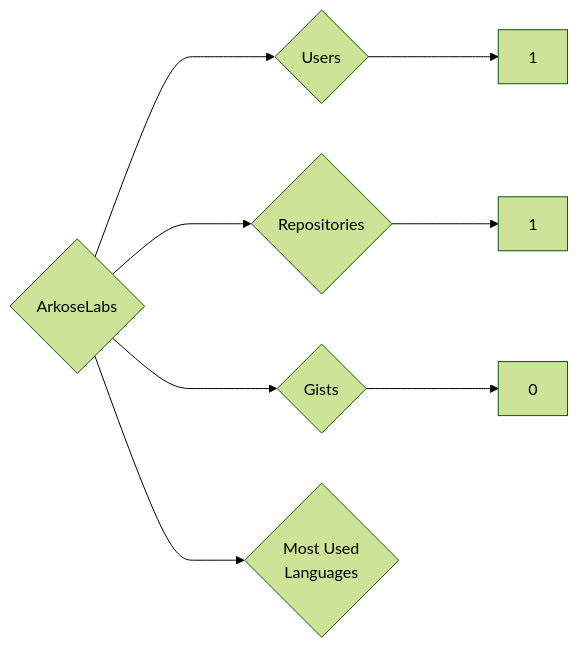
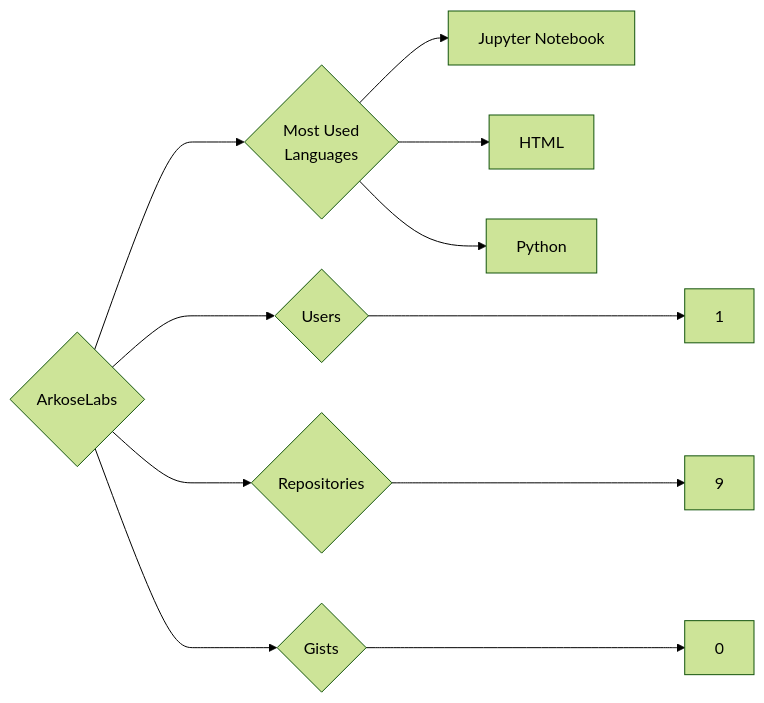
Before and after one commit to trickest/insiders: the diagram in targets/ArkoseLabs/README.md, drawn with Mermaid (forest theme). The commit also changed 845 other files, not shown here.

````diff
--- a/targets/ArkoseLabs/README.md
+++ b/targets/ArkoseLabs/README.md
@@ -3,8 +3,11 @@
 ```mermaid
 graph LR
 COMPANY_NAME{ArkoseLabs}
 COMPANY_NAME ---> U{Users} ---> UN[1]
-COMPANY_NAME ---> R{Repositories} ---> RN[1]
+COMPANY_NAME ---> R{Repositories} ---> RN[9]
 COMPANY_NAME ---> G{Gists} ---> GN[0]
 COMPANY_NAME ---> ML{Most Used<br>Languages}
+ML --> Jupyter_Notebook[Jupyter Notebook]
+ML --> HTML[HTML]
+ML --> Python[Python]
 ```
````
